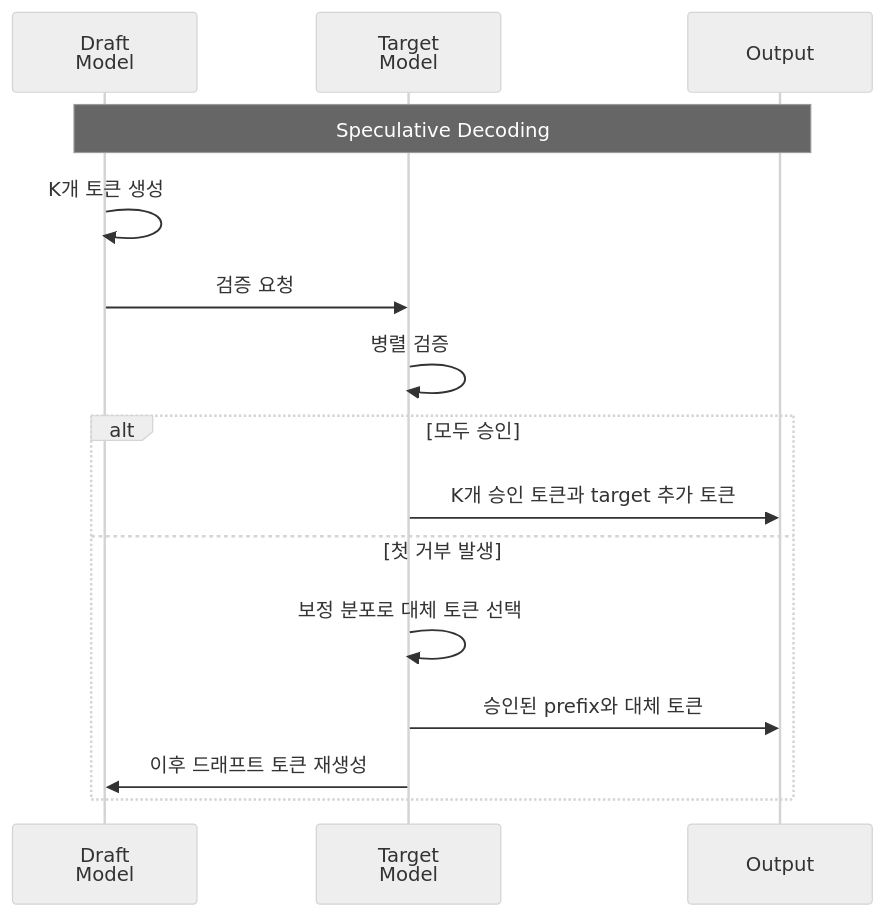
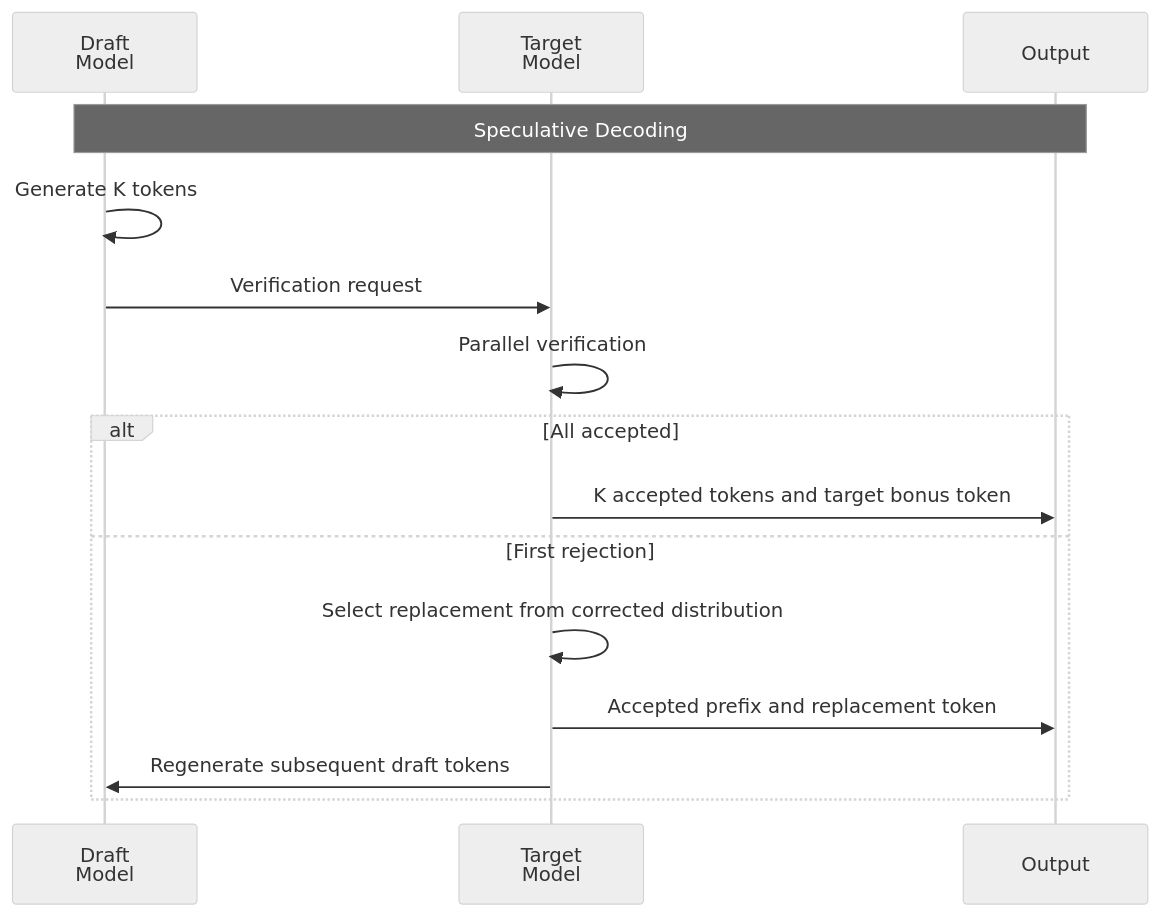
The sixth of 6 diagrams in docs/agentic-ai-platform/model-serving/inference-frameworks/moe-model-serving.md (devfloor9/engineering-playbook), drawn with Mermaid (neutral theme) before and after one commit. The commit also changed other lines of this file and 954 other files, not shown here.

````diff
--- a/docs/agentic-ai-platform/model-serving/inference-frameworks/moe-model-serving.md
+++ b/docs/agentic-ai-platform/model-serving/inference-frameworks/moe-model-serving.md
@@ -425,20 +425,20 @@
 ```mermaid
 sequenceDiagram
     participant Draft as Draft<br/>Model
     participant Target as Target<br/>Model
     participant Out as Output
 
     Note over Draft,Out: Speculative Decoding
 
-    Draft->>Draft: K개 토큰 생성
-    Draft->>Target: 검증 요청
-    Target->>Target: 병렬 검증
+    Draft->>Draft: Generate K tokens
+    Draft->>Target: Verification request
+    Target->>Target: Parallel verification
 
-    alt 모두 승인
-        Target->>Out: K개 승인 토큰과 target 추가 토큰
-    else 첫 거부 발생
-        Target->>Target: 보정 분포로 대체 토큰 선택
-        Target->>Out: 승인된 prefix와 대체 토큰
-        Target->>Draft: 이후 드래프트 토큰 재생성
+    alt All accepted
+        Target->>Out: K accepted tokens and target bonus token
+    else First rejection
+        Target->>Target: Select replacement from corrected distribution
+        Target->>Out: Accepted prefix and replacement token
+        Target->>Draft: Regenerate subsequent draft tokens
     end
 ```
````
